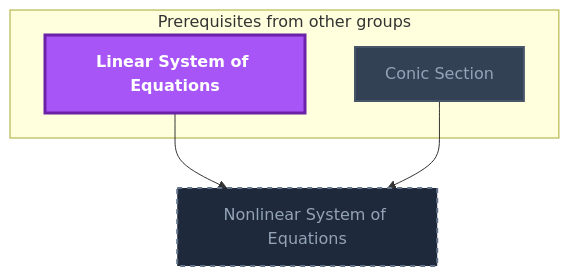
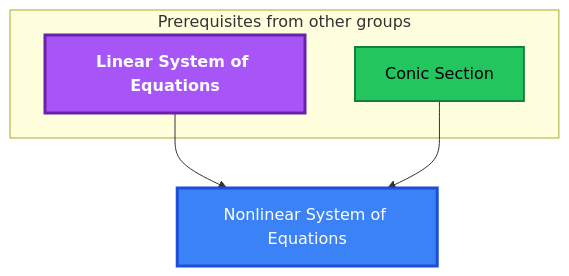
One commit to MRauf1/My-Notes changed the eighth of 11 diagrams in Gamification/Skill Trees/Pre-Calculus.md. Above: the diagram before and after it, drawn with Mermaid. The commit also changed other lines of this file and 145 other files, not shown here.

````diff
--- a/Gamification/Skill Trees/Pre-Calculus.md
+++ b/Gamification/Skill Trees/Pre-Calculus.md
@@ -560,23 +559,23 @@
 ```mermaid
 flowchart TD
     classDef planned fill:#1E293B,stroke:#64748B,stroke-width:2px,stroke-dasharray:5 5,color:#94A3B8;
     classDef locked fill:#334155,stroke:#475569,stroke-width:2px,color:#94A3B8;
     classDef L0 fill:#F1F5F9,stroke:#94A3B8,stroke-width:2px,color:#000000;
     classDef L1 fill:#22C55E,stroke:#15803D,stroke-width:2px,color:#000000;
     classDef L2 fill:#3B82F6,stroke:#1D4ED8,stroke-width:3px,color:#FFFFFF;
     classDef L3 fill:#A855F7,stroke:#6B21A8,stroke-width:3px,color:#FFFFFF,font-weight:bold;
     classDef L4 fill:#F97316,stroke:#C2410C,stroke-width:4px,color:#000000,font-weight:bold;
     classDef L5 fill:#FFD700,stroke:#FF8C00,stroke-width:5px,color:#000000,font-weight:bold;
     classDef rusty stroke:#8B4513,stroke-width:4px,stroke-dasharray:3 3;
     subgraph sg_prereqs["Prerequisites from other groups"]
         n_linear_system_of_equations["Linear System of Equations"]
         n_conic_section["Conic Section"]
     end
     n_nonlinear_system_of_equations["Nonlinear System of Equations"]
     n_linear_system_of_equations --> n_nonlinear_system_of_equations
     n_conic_section --> n_nonlinear_system_of_equations
-    class n_nonlinear_system_of_equations planned;
-    class n_conic_section locked;
+    class n_conic_section L1;
+    class n_nonlinear_system_of_equations L2;
     class n_linear_system_of_equations L3;
-    class n_linear_system_of_equations,n_conic_section internal-link;
+    class n_linear_system_of_equations,n_conic_section,n_nonlinear_system_of_equations internal-link;
 ```
````
